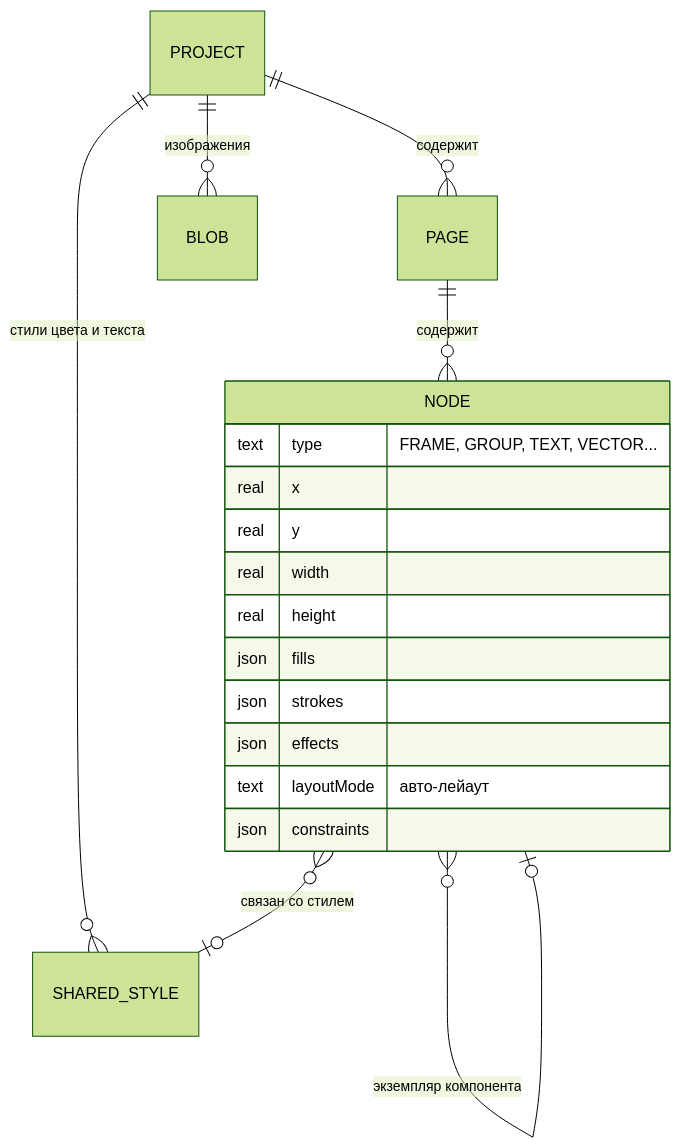
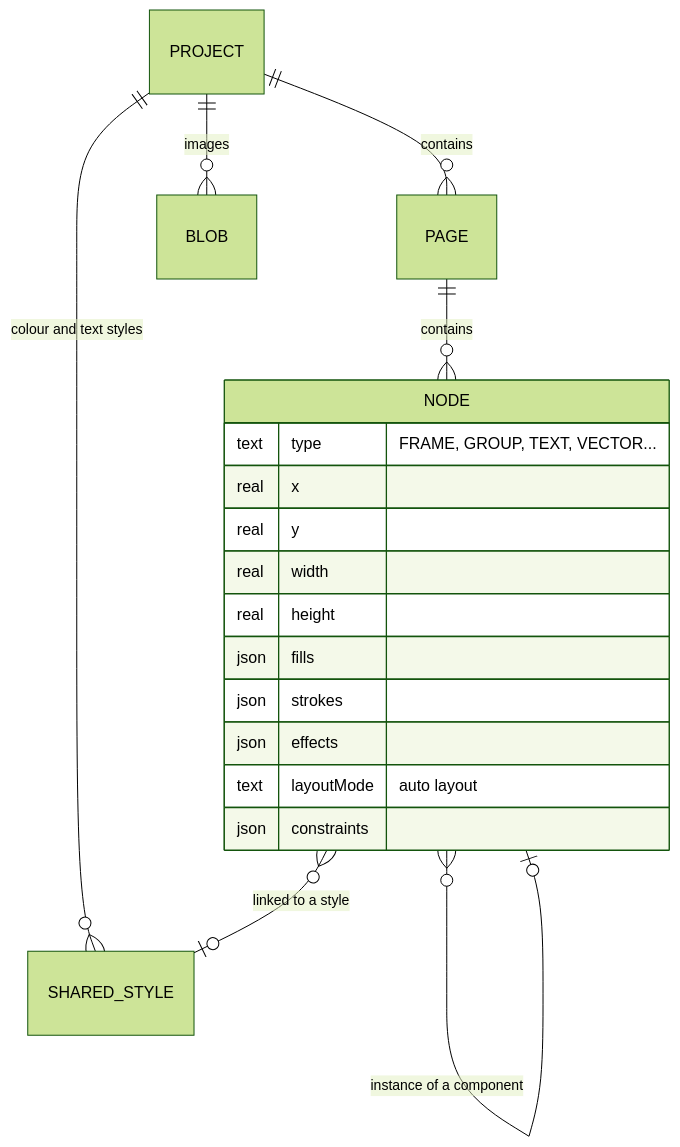
One commit to A01L/gigma changed the third of 4 diagrams in README.md. Above: the diagram before and after it, drawn with Mermaid (forest theme). The commit also changed other lines of this file, not shown here.

````diff
--- a/README.md
+++ b/README.md
@@ -184,22 +186,22 @@
 ```mermaid
 erDiagram
-    PROJECT ||--o{ PAGE : содержит
-    PAGE ||--o{ NODE : содержит
-    NODE ||--o{ NODE : "дочерние слои"
-    PROJECT ||--o{ SHARED_STYLE : "стили цвета и текста"
-    NODE }o--o| SHARED_STYLE : "связан со стилем"
-    NODE }o--o| NODE : "экземпляр компонента"
-    PROJECT ||--o{ BLOB : изображения
+    PROJECT ||--o{ PAGE : contains
+    PAGE ||--o{ NODE : contains
+    NODE ||--o{ NODE : "child layers"
+    PROJECT ||--o{ SHARED_STYLE : "colour and text styles"
+    NODE }o--o| SHARED_STYLE : "linked to a style"
+    NODE }o--o| NODE : "instance of a component"
+    PROJECT ||--o{ BLOB : images
     NODE {
         text type "FRAME, GROUP, TEXT, VECTOR..."
         real x
         real y
         real width
         real height
         json fills
         json strokes
         json effects
-        text layoutMode "авто-лейаут"
+        text layoutMode "auto layout"
         json constraints
     }
 ```
````
